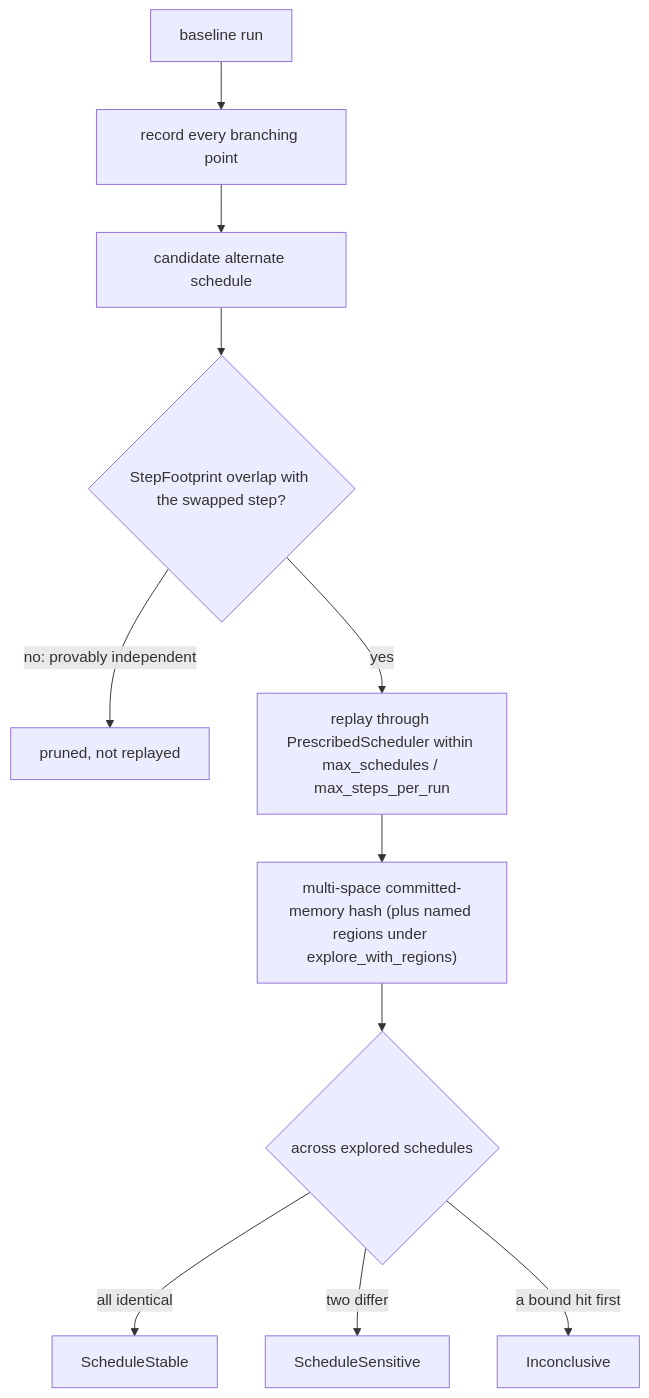
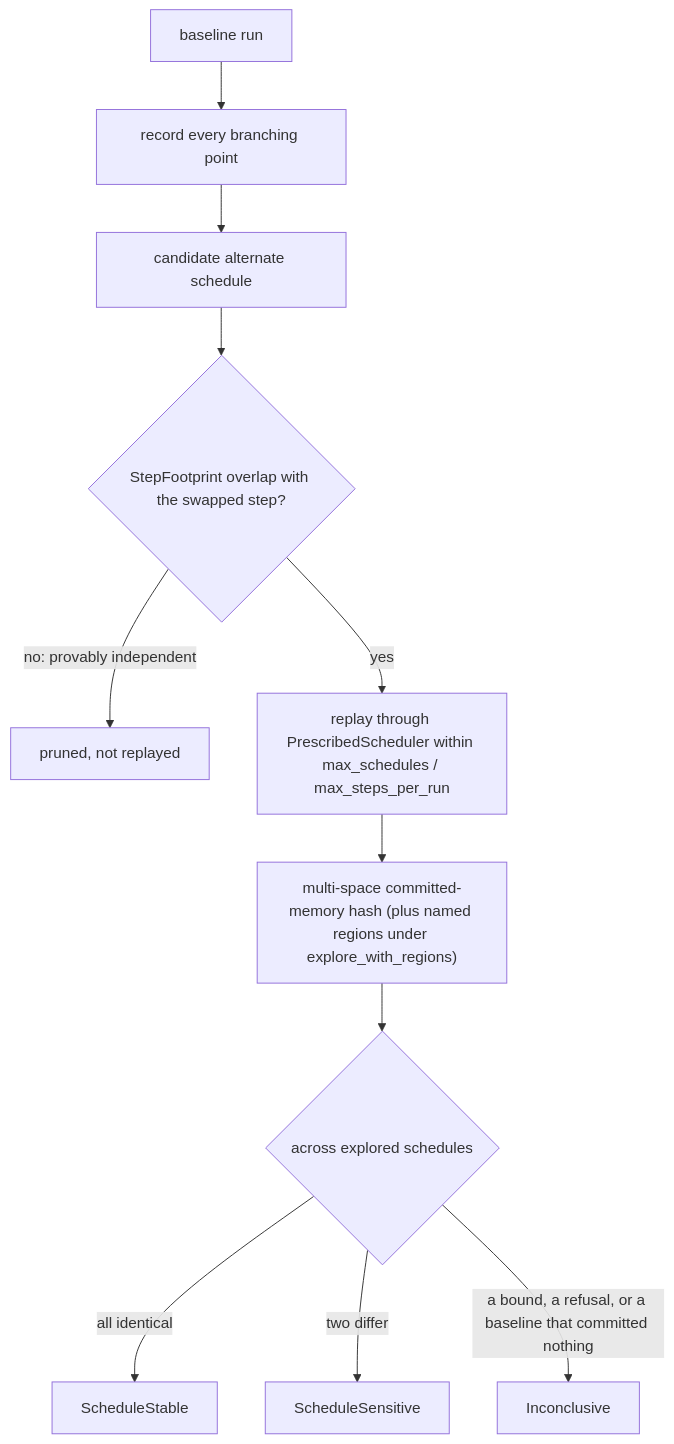
Before and after one commit to RoyalAce22/CellGov: the diagram in docs/architecture/schedule_exploration.md, drawn with Mermaid. The commit also changed 36 other files, not shown here.

````diff
--- a/docs/architecture/schedule_exploration.md
+++ b/docs/architecture/schedule_exploration.md
@@ -10,13 +10,13 @@
 ```mermaid
 flowchart TD
   base["baseline run"] --> bp["record every branching point"]
   bp --> alt["candidate alternate schedule"]
   alt --> fp{"StepFootprint overlap with the swapped step?"}
   fp -->|"no: provably independent"| prune["pruned, not replayed"]
   fp -->|yes| replay["replay through PrescribedScheduler within max_schedules / max_steps_per_run"]
   replay --> hash["multi-space committed-memory hash (plus named regions under explore_with_regions)"]
   hash --> cls{"across explored schedules"}
   cls -->|all identical| stable["ScheduleStable"]
   cls -->|two differ| sens["ScheduleSensitive"]
-  cls -->|a bound hit first| inc["Inconclusive"]
+  cls -->|"a bound, a refusal, or a baseline that committed nothing"| inc["Inconclusive"]
 ```
````
